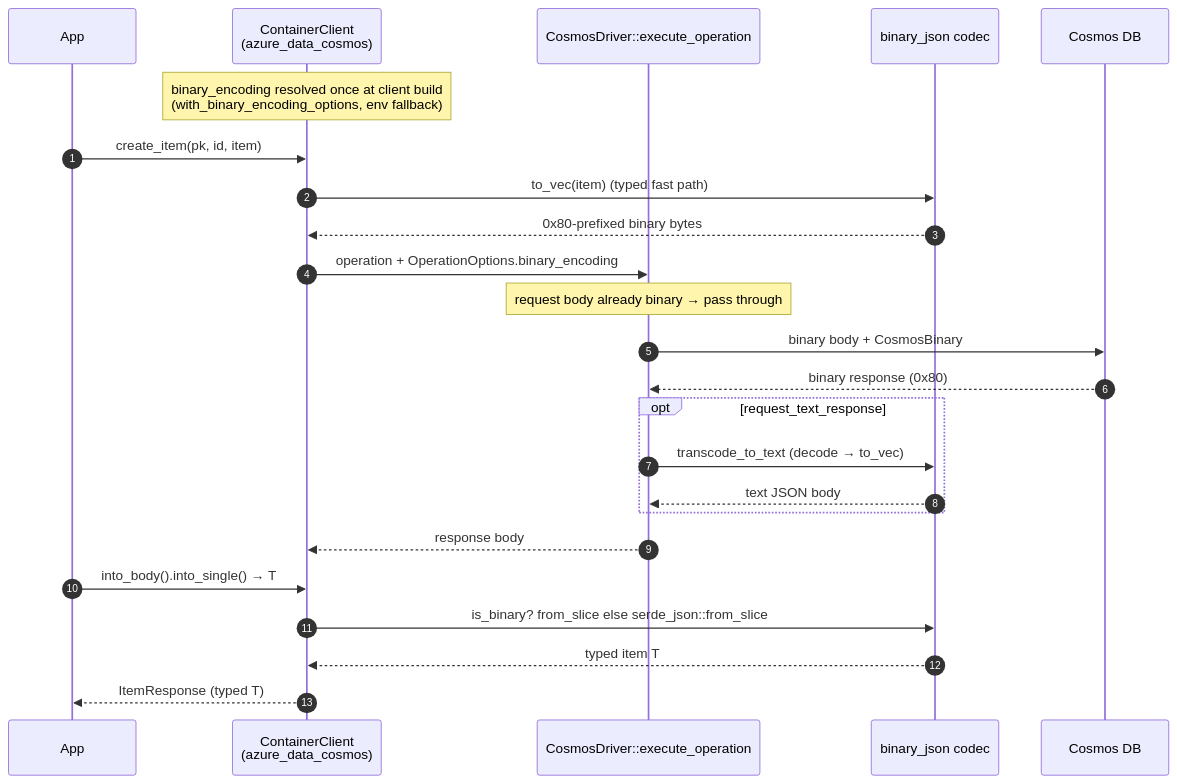
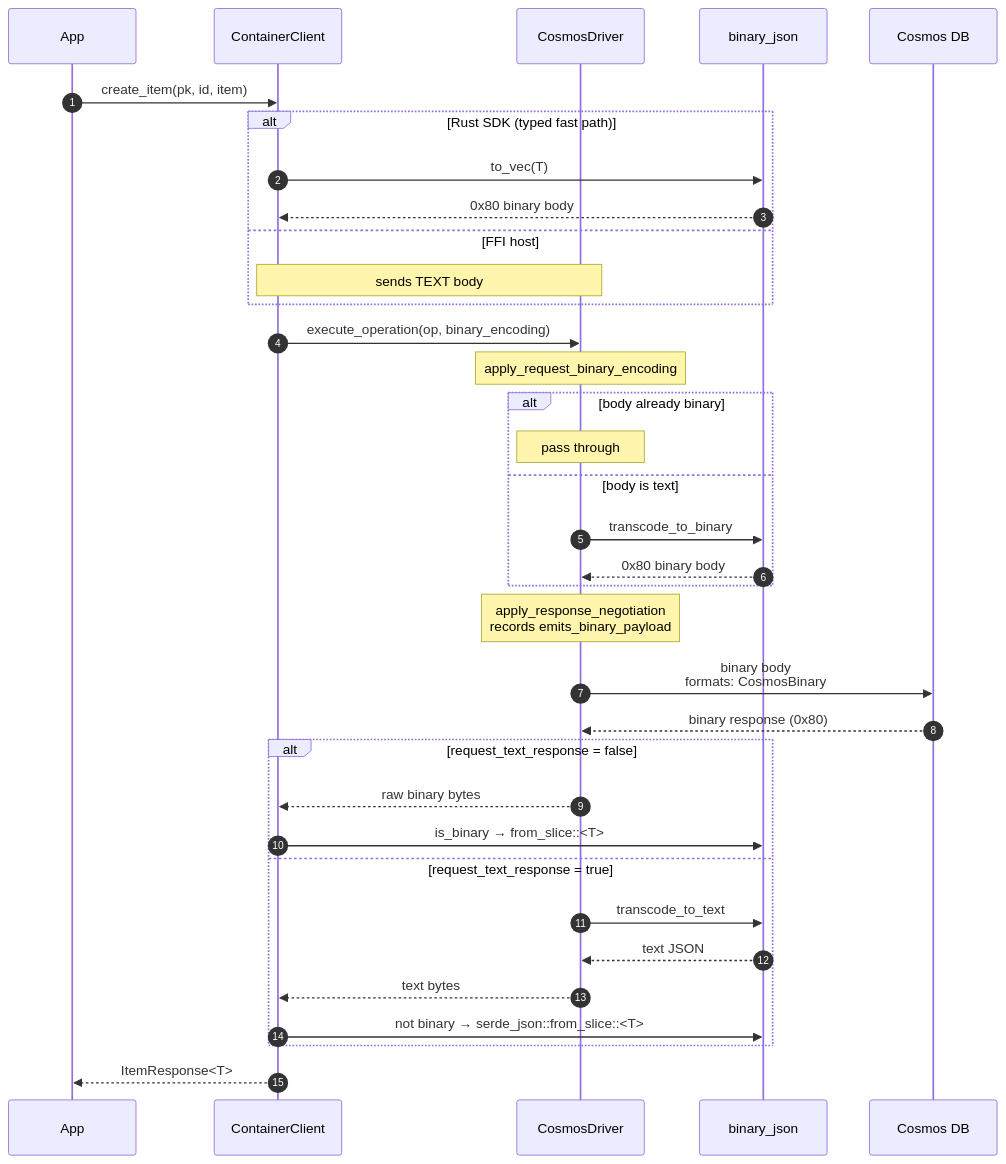
One commit to Azure/azure-sdk-for-rust changed the fifth of 6 diagrams in sdk/cosmos/azure_data_cosmos_driver/docs/BINARY_ENCODING_HLD.md. Above: the diagram before and after it, drawn with Mermaid. The commit also changed other lines of this file and 9 other files, not shown here.

````diff
--- a/sdk/cosmos/azure_data_cosmos_driver/docs/BINARY_ENCODING_HLD.md
+++ b/sdk/cosmos/azure_data_cosmos_driver/docs/BINARY_ENCODING_HLD.md
@@ -261,28 +287,44 @@
 ```mermaid
 sequenceDiagram
     autonumber
     participant App
-    participant SDK as ContainerClient<br/>(azure_data_cosmos)
-    participant DRV as CosmosDriver::execute_operation
-    participant Cod as binary_json codec
+    participant SDK as ContainerClient
+    participant DRV as CosmosDriver
+    participant Cod as binary_json
     participant Svc as Cosmos DB
 
-    Note over SDK: binary_encoding resolved once at client build<br/>(with_binary_encoding_options, env fallback)
+    App->>SDK: create_item(pk, id, item)
 
-    App->>SDK: create_item(pk, id, item)
-    SDK->>Cod: to_vec(item)  (typed fast path)
-    Cod-->>SDK: 0x80-prefixed binary bytes
-    SDK->>DRV: operation + OperationOptions.binary_encoding
-    Note over DRV: request body already binary → pass through
-    DRV->>Svc: binary body + CosmosBinary
+    alt Rust SDK (typed fast path)
+        SDK->>Cod: to_vec(T)
+        Cod-->>SDK: 0x80 binary body
+    else FFI host
+        Note over SDK,DRV: sends TEXT body
+    end
+
+    SDK->>DRV: execute_operation(op, binary_encoding)
+
+    Note over DRV: apply_request_binary_encoding
+    alt body already binary
+        Note over DRV: pass through
+    else body is text
+        DRV->>Cod: transcode_to_binary
+        Cod-->>DRV: 0x80 binary body
+    end
+
+    Note over DRV: apply_response_negotiation<br/>records emits_binary_payload
+    DRV->>Svc: binary body<br/>formats: CosmosBinary
     Svc-->>DRV: binary response (0x80)
-    opt request_text_response
-        DRV->>Cod: transcode_to_text (decode → to_vec)
-        Cod-->>DRV: text JSON body
+
+    alt request_text_response = false
+        DRV-->>SDK: raw binary bytes
+        SDK->>Cod: is_binary → from_slice::<T>
+    else request_text_response = true
+        DRV->>Cod: transcode_to_text
+        Cod-->>DRV: text JSON
+        DRV-->>SDK: text bytes
+        SDK->>Cod: not binary → serde_json::from_slice::<T>
     end
-    DRV-->>SDK: response body
-    App->>SDK: into_body().into_single() → T
-    SDK->>Cod: is_binary? from_slice else serde_json::from_slice
-    Cod-->>SDK: typed item T
-    SDK-->>App: ItemResponse (typed T)
+
+    SDK-->>App: ItemResponse<T>
 ```
````
